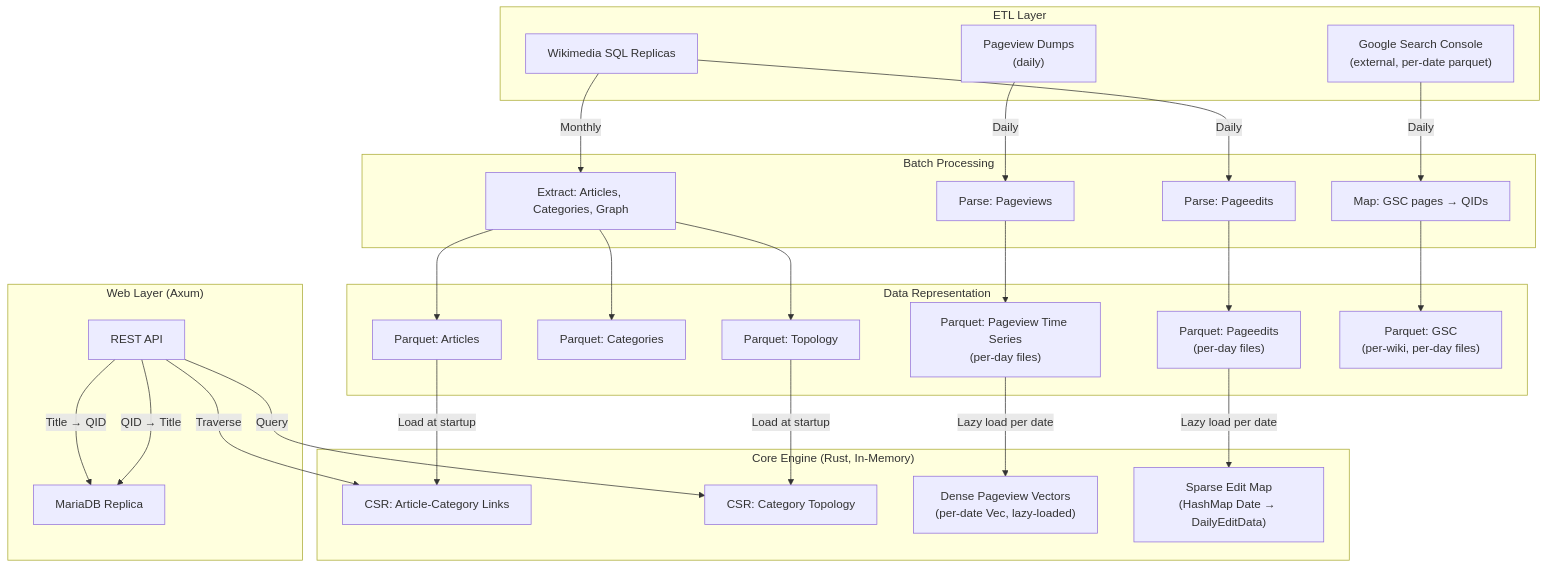
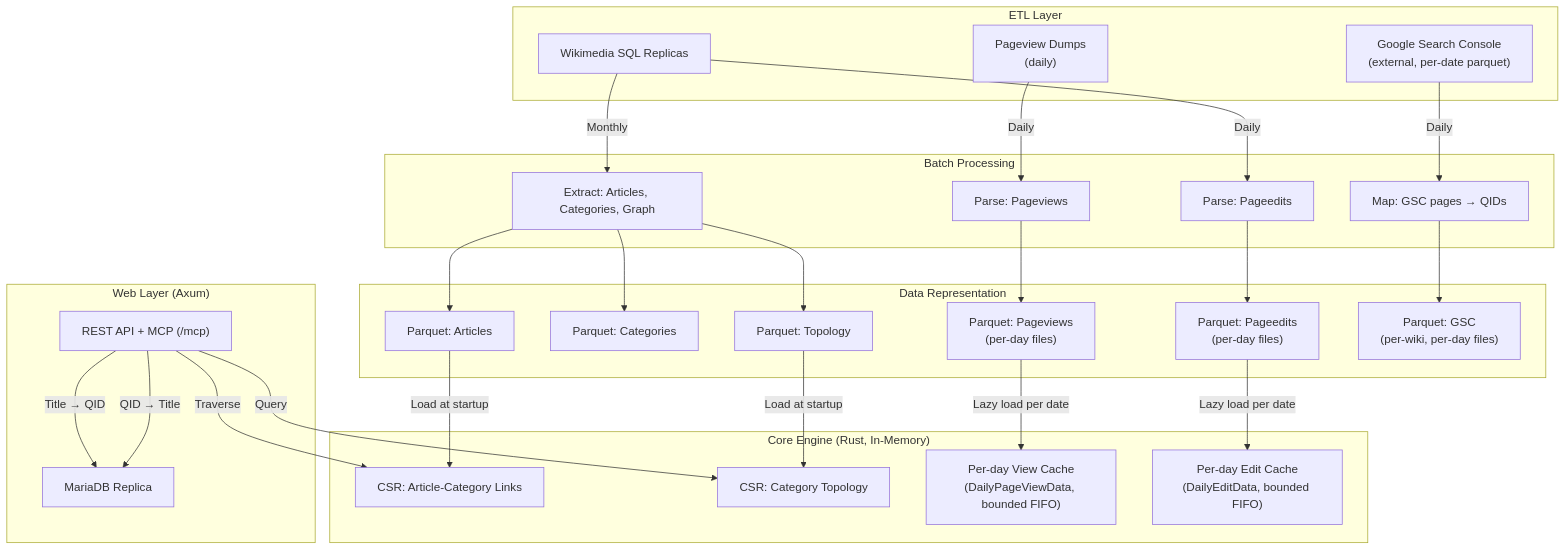
Before and after one commit to santhoshtr/topictrends: the diagram in README.md, drawn with Mermaid. The commit also changed other lines of this file and 4 other files, not shown here.

````diff
--- a/README.md
+++ b/README.md
@@ -40,58 +62,58 @@
 ```mermaid
 graph TD
     subgraph "ETL Layer"
         SQL["Wikimedia SQL Replicas"]
         PV_DUMPS["Pageview Dumps\n(daily)"]
         GSC_DUMPS["Google Search Console\n(external, per-date parquet)"]
     end
 
     subgraph "Batch Processing"
         META["Extract: Articles, Categories, Graph"]
         PV_PROC["Parse: Pageviews"]
         PE_PROC["Parse: Pageedits"]
         GSC_PROC["Map: GSC pages → QIDs"]
     end
 
     subgraph "Data Representation"
         PQ_ART["Parquet: Articles"]
         PQ_CAT["Parquet: Categories"]
         PQ_GRAPH["Parquet: Topology"]
-        PQ_PV["Parquet: Pageview Time Series\n(per-day files)"]
+        PQ_PV["Parquet: Pageviews\n(per-day files)"]
         PQ_PE["Parquet: Pageedits\n(per-day files)"]
         PQ_GSC["Parquet: GSC\n(per-wiki, per-day files)"]
     end
 
     subgraph "Core Engine (Rust, In-Memory)"
         CSR_LINK["CSR: Article-Category Links"]
         CSR_TOPO["CSR: Category Topology"]
-        DENSE_PV["Dense Pageview Vectors\n(per-date Vec<u32>, lazy-loaded)"]
-        SPARSE_PE["Sparse Edit Map\n(HashMap Date → DailyEditData)"]
+        DENSE_PV["Per-day View Cache\n(DailyPageViewData, bounded FIFO)"]
+        SPARSE_PE["Per-day Edit Cache\n(DailyEditData, bounded FIFO)"]
     end
 
     subgraph "Web Layer (Axum)"
-        API["REST API"]
+        API["REST API + MCP (/mcp)"]
         DB_REP["MariaDB Replica"]
     end
 
     SQL -->|Monthly| META
     SQL -->|Daily| PE_PROC
     PV_DUMPS -->|Daily| PV_PROC
     GSC_DUMPS -->|Daily| GSC_PROC
 
     META --> PQ_ART
     META --> PQ_CAT
     META --> PQ_GRAPH
     PV_PROC --> PQ_PV
     PE_PROC --> PQ_PE
     GSC_PROC --> PQ_GSC
 
     PQ_ART -->|Load at startup| CSR_LINK
     PQ_GRAPH -->|Load at startup| CSR_TOPO
     PQ_PV -->|Lazy load per date| DENSE_PV
     PQ_PE -->|Lazy load per date| SPARSE_PE
 
     API -->|Title → QID| DB_REP
     API -->|Query| CSR_TOPO
     API -->|Traverse| CSR_LINK
     API -->|QID → Title| DB_REP
 ```
````
